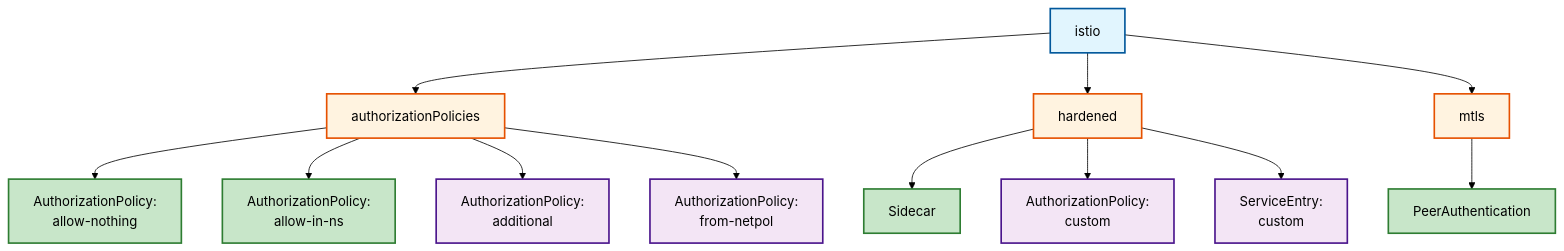
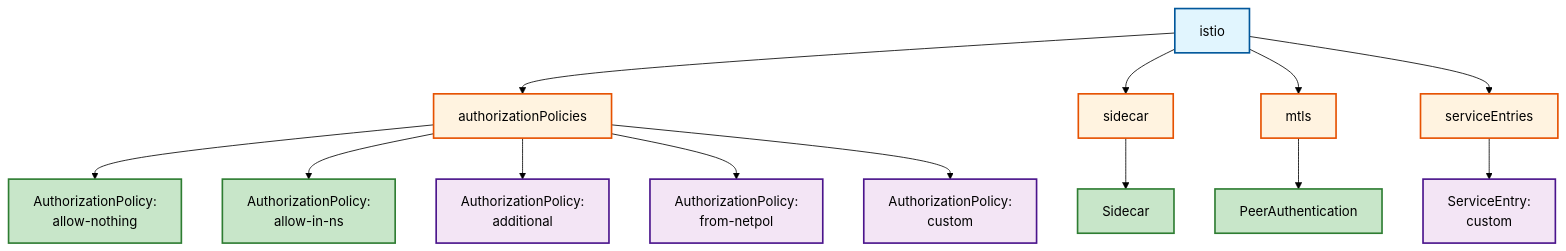
Before and after one commit to DoD-Platform-One/bb-common: the fourth of 4 diagrams in docs/RESOURCE_GRAPH.md, drawn with Mermaid (forest theme). The commit also changed 2 other files, not shown here.

Commit message:
Add note for routes Istio CRD requirement, and update resource graph

````diff
--- a/docs/RESOURCE_GRAPH.md
+++ b/docs/RESOURCE_GRAPH.md
@@ -91,28 +91,30 @@
 ```mermaid
 graph TB
     C[istio] --> C1[authorizationPolicies]
-    C --> C2[hardened]
+    C --> C2[sidecar]
     C --> C3[mtls]
+    C --> C4[serviceEntries]
 
     C1 --> C1A[AuthorizationPolicy:<br/>allow-nothing]
     C1 --> C1B[AuthorizationPolicy:<br/>allow-in-ns]
     C1 --> C1C[AuthorizationPolicy:<br/>additional]
     C1 --> C1D[AuthorizationPolicy:<br/>from-netpol]
+    C1 --> C1E[AuthorizationPolicy:<br/>custom]
 
     C2 --> C2A[Sidecar]
-    C2 --> C2C[AuthorizationPolicy:<br/>custom]
-    C2 --> C2D[ServiceEntry:<br/>custom]
 
     C3 --> C3A[PeerAuthentication]
+
+    C4 --> C4A[ServiceEntry:<br/>custom]
 
     %% Styling
     classDef configKeys fill:#e1f5fe,stroke:#01579b,stroke-width:2px,color:black;
     classDef resources fill:#f3e5f5,stroke:#4a148c,stroke-width:2px,color:black;
     classDef subKeys fill:#fff3e0,stroke:#e65100,stroke-width:2px,color:black;
     classDef defaults fill:#c8e6c9,stroke:#2e7d32,stroke-width:2px,color:black;
 
     class C configKeys;
-    class C1,C2,C3 subKeys;
+    class C1,C2,C3,C4 subKeys;
     class C1A,C1B,C2A,C3A defaults;
-    class C1C,C1D,C2B,C2C,C2D resources;
+    class C1C,C1D,C1E,C4A resources;
 ```
````
